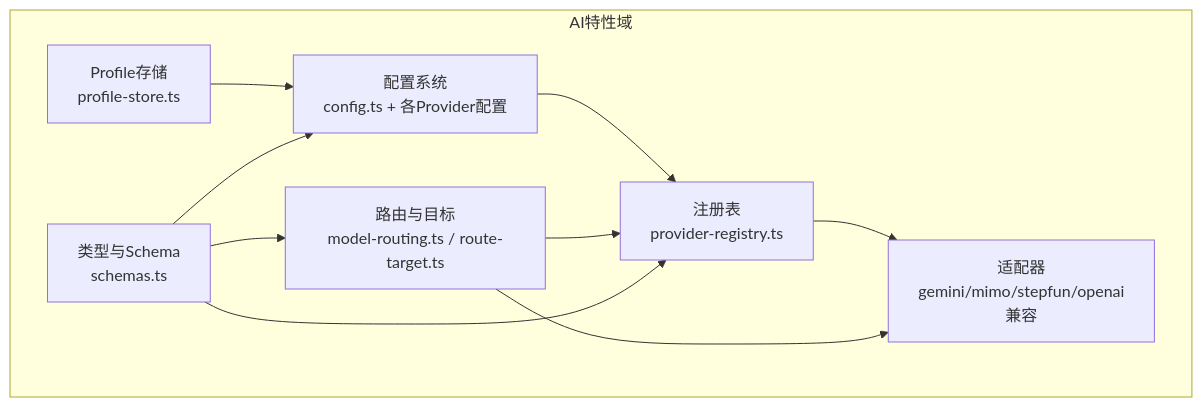
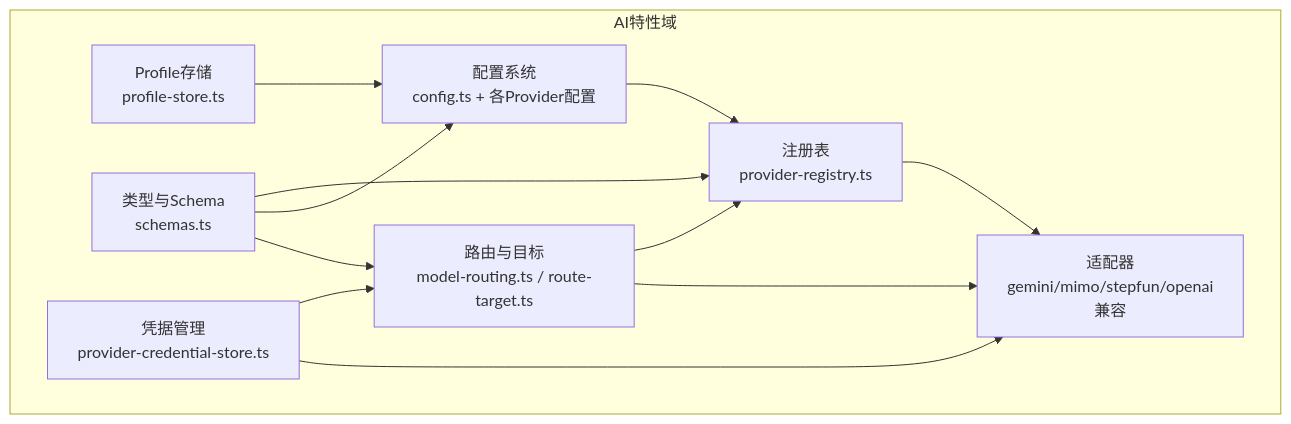
One commit to scottcwy/PurpleInk changed the first of 9 diagrams in .qoder/repowiki/zh/content/AI系统集成/Provider架构设计.md. Above: the diagram before and after it, drawn with Mermaid. The commit also changed other lines of this file and 109 other files, not shown here.

````diff
--- a/.qoder/repowiki/zh/content/AI系统集成/Provider架构设计.md
+++ b/.qoder/repowiki/zh/content/AI系统集成/Provider架构设计.md
@@ -60,19 +71,22 @@
 ```mermaid
 graph TB
 subgraph "AI特性域"
 REG["注册表<br/>provider-registry.ts"]
 CFG["配置系统<br/>config.ts + 各Provider配置"]
 RT["路由与目标<br/>model-routing.ts / route-target.ts"]
 ADP["适配器<br/>gemini/mimo/stepfun/openai兼容"]
 PRF["Profile存储<br/>profile-store.ts"]
 SCH["类型与Schema<br/>schemas.ts"]
+CRED["凭据管理<br/>provider-credential-store.ts"]
 end
 REG --> ADP
 CFG --> REG
 RT --> REG
 RT --> ADP
 PRF --> CFG
 SCH --> REG
 SCH --> CFG
 SCH --> RT
+CRED --> RT
+CRED --> ADP
 ```
````
